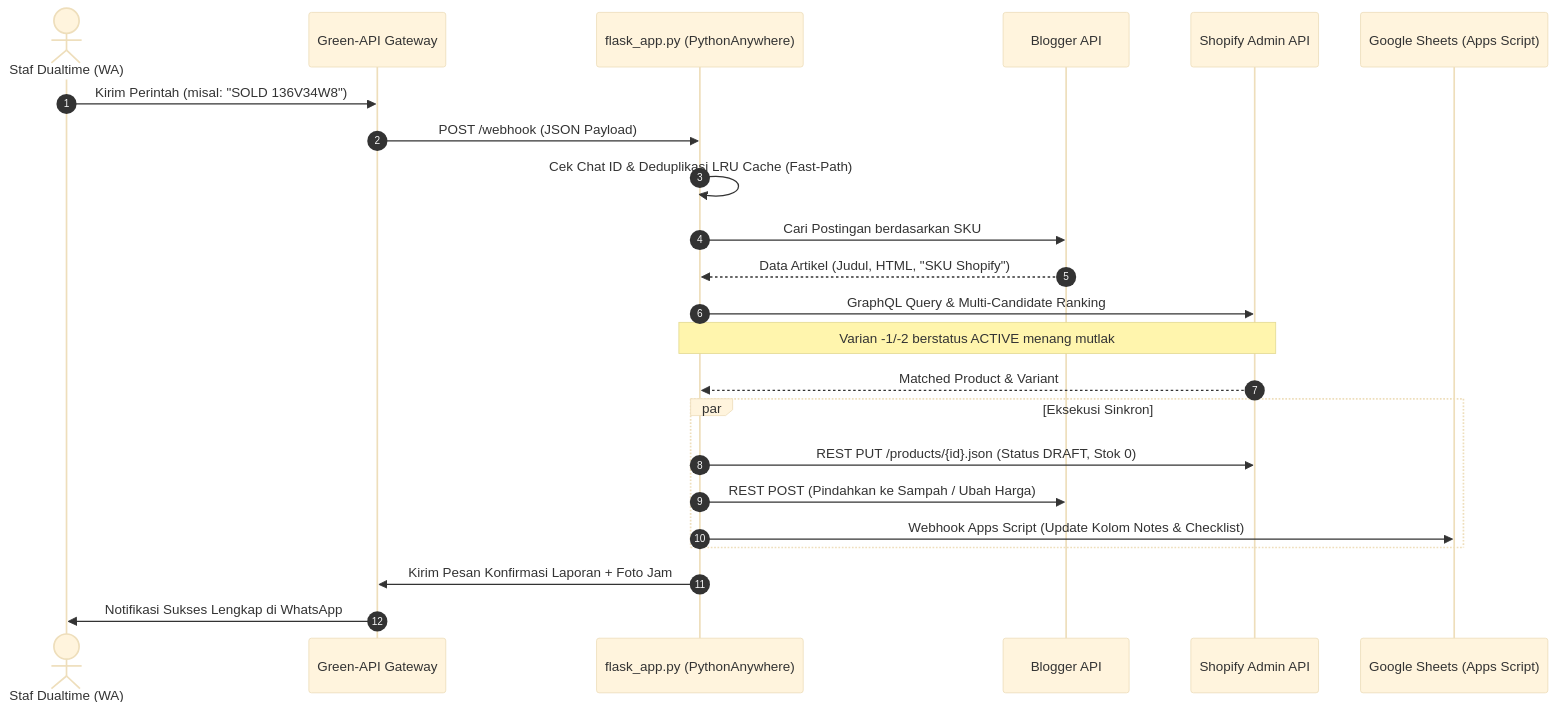
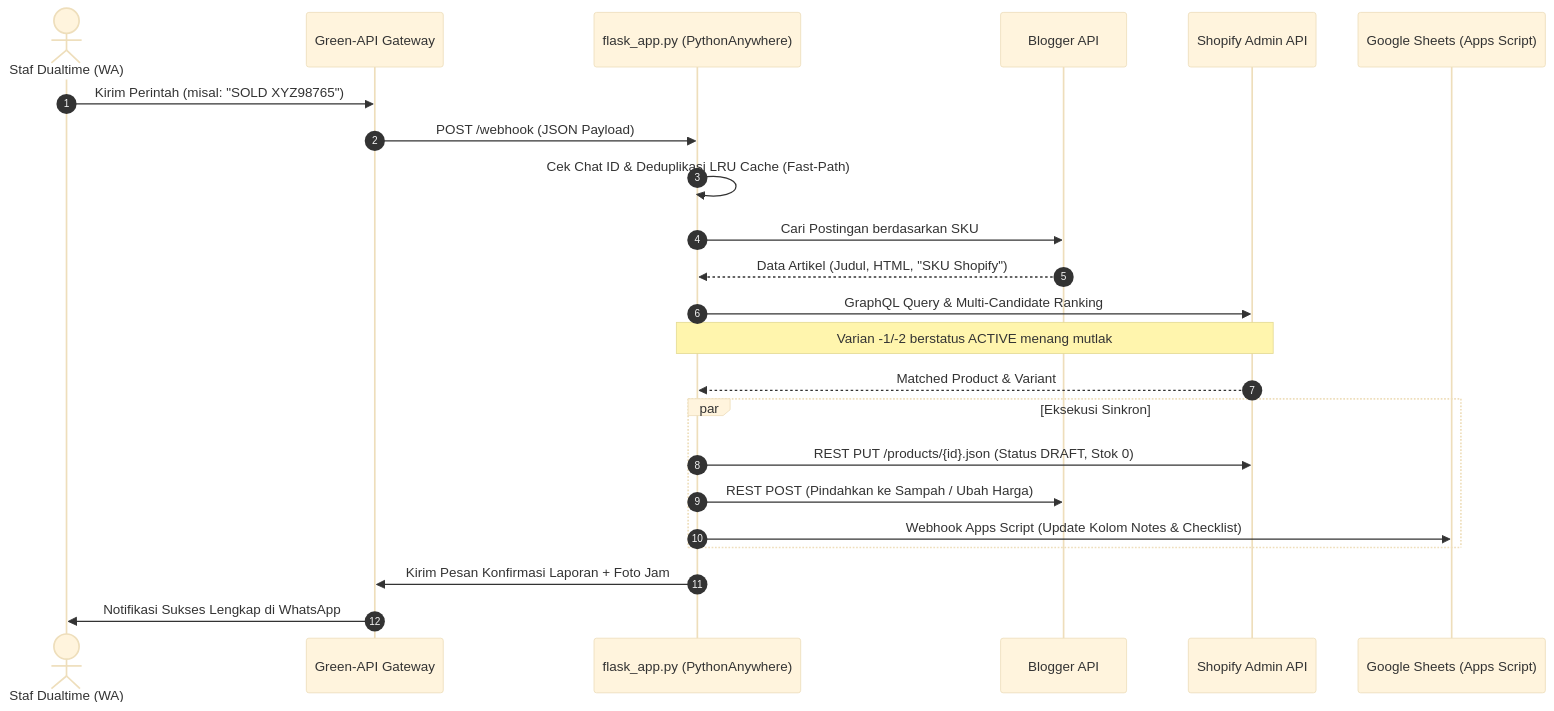
The second of 2 diagrams in Laporan_Teknis_dan_Panduan_Setup_PythonAnywhere.md (darrellrafa/upload-automation), drawn with Mermaid (base theme) before and after one commit. The commit also changed other lines of this file, not shown here.

````diff
--- a/Laporan_Teknis_dan_Panduan_Setup_PythonAnywhere.md
+++ b/Laporan_Teknis_dan_Panduan_Setup_PythonAnywhere.md
@@ -118,30 +118,30 @@
 ```mermaid
 sequenceDiagram
     autonumber
     actor Staff as Staf Dualtime (WA)
     participant GreenAPI as Green-API Gateway
     participant Flask as flask_app.py (PythonAnywhere)
     participant Blog as Blogger API
     participant Shop as Shopify Admin API
     participant Sheet as Google Sheets (Apps Script)
 
-    Staff->>GreenAPI: Kirim Perintah (misal: "SOLD 136V34W8")
+    Staff->>GreenAPI: Kirim Perintah (misal: "SOLD XYZ98765")
     GreenAPI->>Flask: POST /webhook (JSON Payload)
     
     Flask->>Flask: Cek Chat ID & Deduplikasi LRU Cache (Fast-Path)
     Flask->>Blog: Cari Postingan berdasarkan SKU
     Blog-->>Flask: Data Artikel (Judul, HTML, "SKU Shopify")
     
     Flask->>Shop: GraphQL Query & Multi-Candidate Ranking
     Note over Flask,Shop: Varian -1/-2 berstatus ACTIVE menang mutlak
     Shop-->>Flask: Matched Product & Variant
     
     par Eksekusi Sinkron
         Flask->>Shop: REST PUT /products/{id}.json (Status DRAFT, Stok 0)
         Flask->>Blog: REST POST (Pindahkan ke Sampah / Ubah Harga)
         Flask->>Sheet: Webhook Apps Script (Update Kolom Notes & Checklist)
     end
     
     Flask->>GreenAPI: Kirim Pesan Konfirmasi Laporan + Foto Jam
     GreenAPI->>Staff: Notifikasi Sukses Lengkap di WhatsApp
 ```
````
